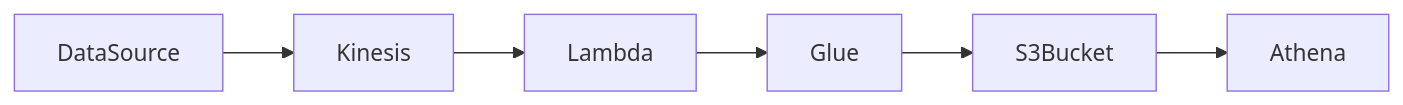
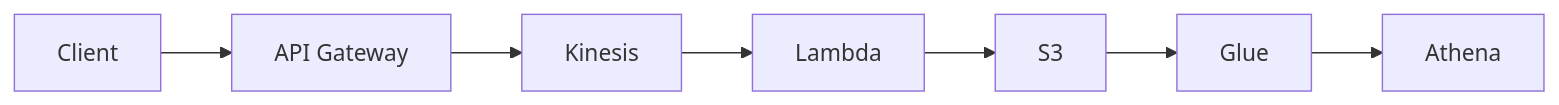
The diagram in README.md (hacrex/Serverless-RealTime-Data-Ops), drawn with Mermaid before and after one commit. The commit also changed other lines of this file and 2 other files, not shown here.

````diff
--- a/README.md
+++ b/README.md
@@ -5,8 +7,9 @@
 ```mermaid
-graph LR
-  DataSource --> Kinesis
-  Kinesis --> Lambda
-  Lambda --> Glue
-  Glue --> S3Bucket
-  S3Bucket --> Athena
+flowchart LR
+  Client --> API[API Gateway]
+  API --> Stream[Kinesis]
+  Stream --> Worker[Lambda]
+  Worker --> Store[S3]
+  Store --> Catalog[Glue]
+  Catalog --> Query[Athena]
 ```
````
